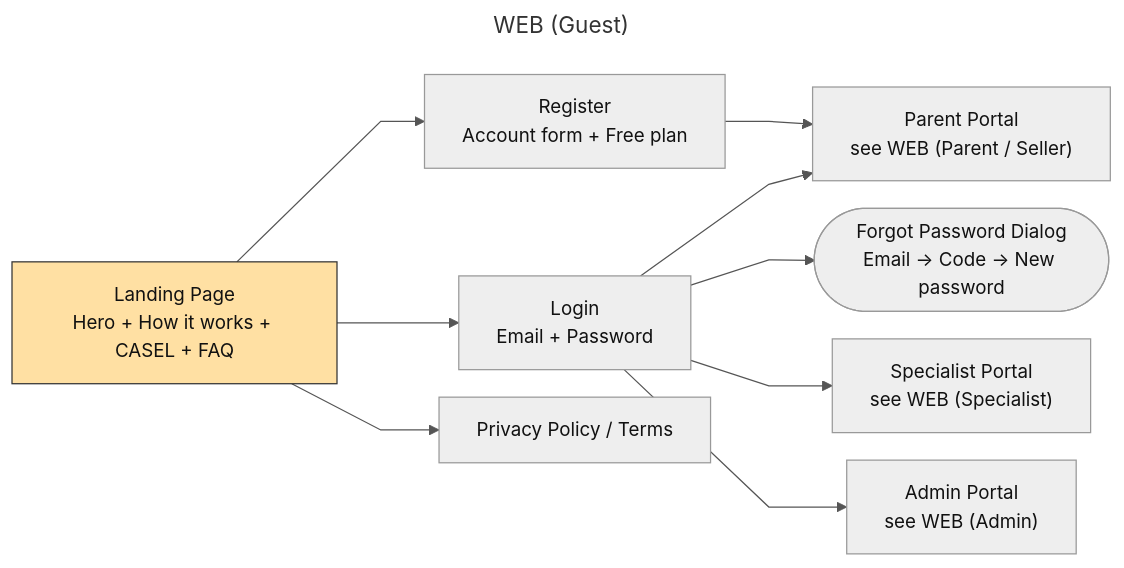
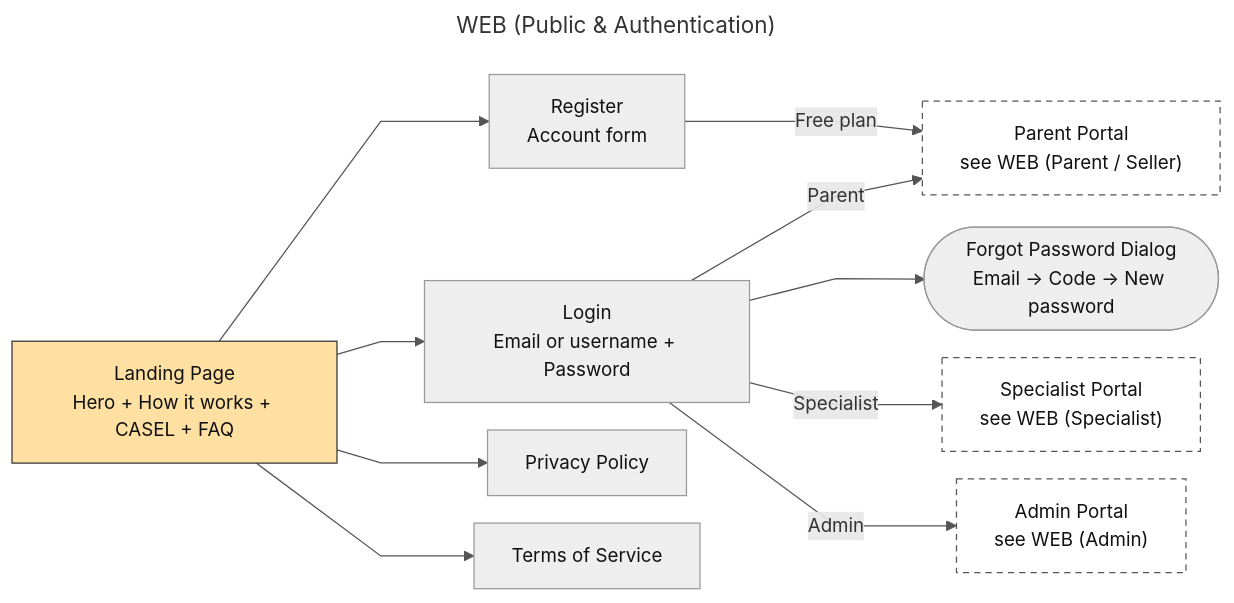
The diagram in docs/diagrams/srs/screen-flow-guest.mmd (SEP490-GFA26SE186/BE), drawn with Mermaid before and after one commit. The commit also changed 4 other files, not shown here.

```diff
--- a/docs/diagrams/srs/screen-flow-guest.mmd
+++ b/docs/diagrams/srs/screen-flow-guest.mmd
@@ -1,16 +1,17 @@
 ---
-title: WEB (Guest)
+title: WEB (Public & Authentication)
 ---
 %%{init: {"flowchart": {"curve": "linear", "nodeSpacing": 22, "rankSpacing": 70}, "themeVariables": {"fontFamily": "Arial", "fontSize": "15px", "lineColor": "#555555"}}}%%
 flowchart LR
-  Land["Landing Page<br/>Hero + How it works + CASEL + FAQ"]:::start --> Reg["Register<br/>Account form + Free plan"]
-  Land --> Login["Login<br/>Email + Password"]
-  Land --> Legal["Privacy Policy / Terms"]
-  Reg --> PP
+  Land["Landing Page<br/>Hero + How it works + CASEL + FAQ"]:::start --> Reg["Register<br/>Account form"]
+  Land --> Login["Login<br/>Email or username + Password"]
+  Land --> Privacy["Privacy Policy"]
+  Land --> Terms["Terms of Service"]
+  Reg -->|Free plan| PP
   Login --> Forgot(["Forgot Password Dialog<br/>Email → Code → New password"])
-  Login --> PP["Parent Portal<br/>see WEB (Parent / Seller)"]
-  Login --> SP["Specialist Portal<br/>see WEB (Specialist)"]
-  Login --> AP["Admin Portal<br/>see WEB (Admin)"]
+  Login -->|Parent| PP["Parent Portal<br/>see WEB (Parent / Seller)"]:::ext
+  Login -->|Specialist| SP["Specialist Portal<br/>see WEB (Specialist)"]:::ext
+  Login -->|Admin| AP["Admin Portal<br/>see WEB (Admin)"]:::ext
   classDef default fill:#EEEEEE,stroke:#999999,color:#111111
   classDef start fill:#FFE0A3,stroke:#333333,color:#111111
   classDef ext fill:#FFFFFF,stroke:#555555,stroke-dasharray:5 4,color:#111111
```
